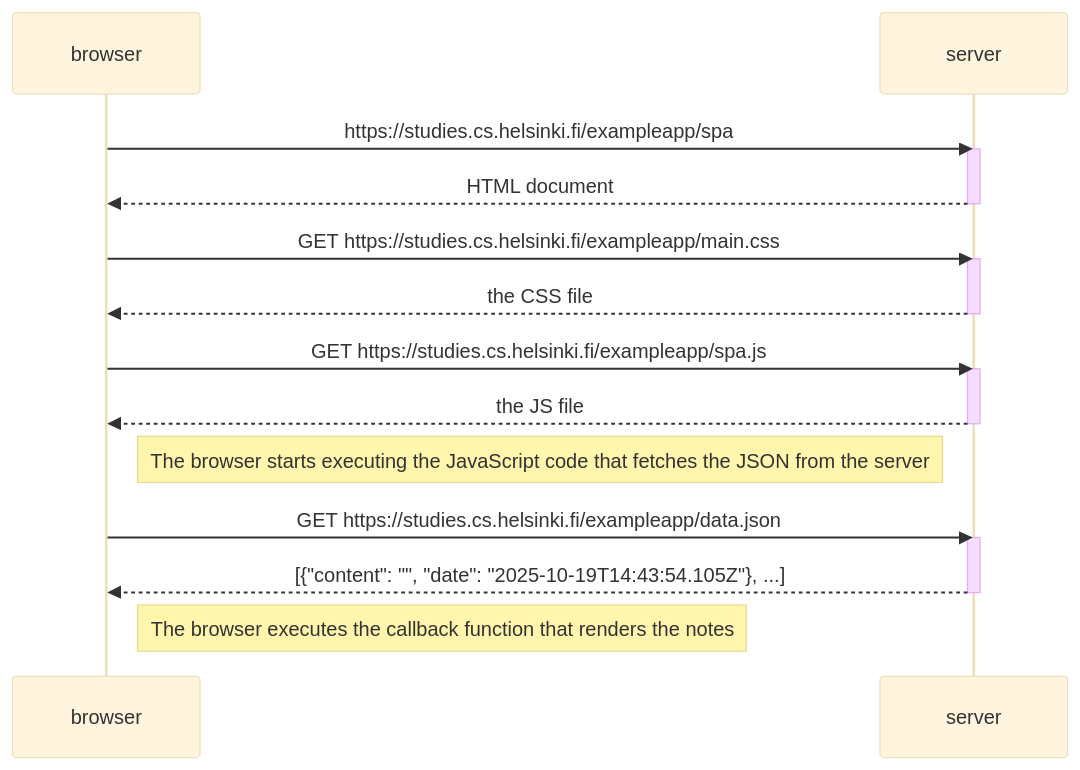
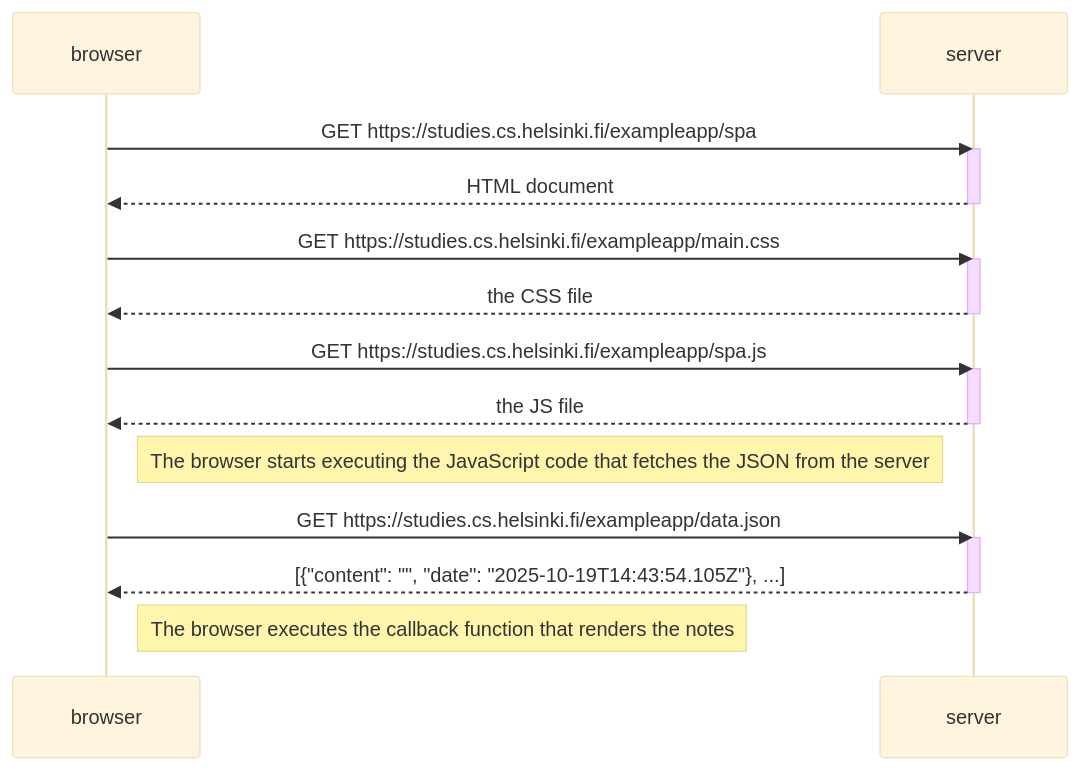
One commit to nati-friedman/part3-phonebook-backend changed the diagram in part0/single page app diagram/exercise-0_5.md. Above: the diagram before and after it, drawn with Mermaid (base theme).

````diff
--- a/part0/single page app diagram/exercise-0_5.md
+++ b/part0/single page app diagram/exercise-0_5.md
@@ -1,29 +1,29 @@
 ```mermaid
 sequenceDiagram
     participant browser
     participant server
 
-    browser->>server: https://studies.cs.helsinki.fi/exampleapp/spa
+    browser->>server: GET https://studies.cs.helsinki.fi/exampleapp/spa
     activate server
     server-->>browser: HTML document
     deactivate server
 
     browser->>server: GET https://studies.cs.helsinki.fi/exampleapp/main.css
     activate server
     server-->>browser: the CSS file
     deactivate server
 
     browser->>server: GET https://studies.cs.helsinki.fi/exampleapp/spa.js
     activate server
     server-->>browser: the JS file
     deactivate server
 
     Note right of browser: The browser starts executing the JavaScript code that fetches the JSON from the server
 
     browser->>server: GET https://studies.cs.helsinki.fi/exampleapp/data.json
     activate server
     server-->>browser: [{"content": "", "date": "2025-10-19T14:43:54.105Z"}, ...]
     deactivate server
 
     Note right of browser: The browser executes the callback function that renders the notes
 ```
````
